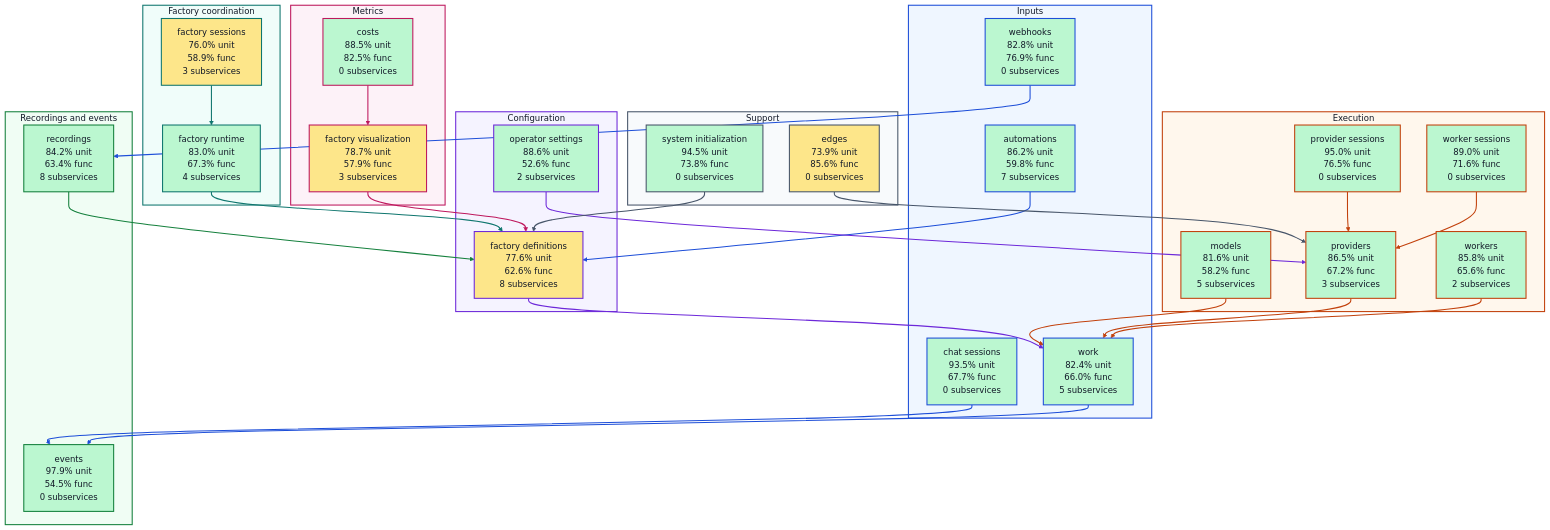
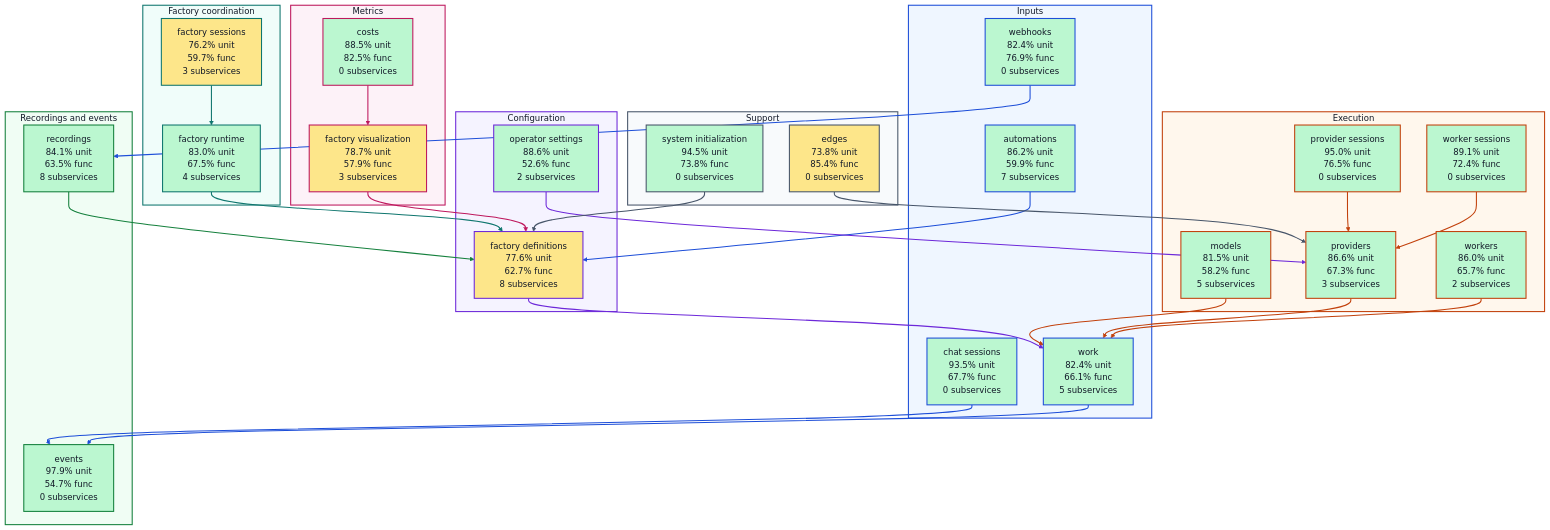
Before and after one commit to portpowered/you-agent-factory: the diagram in docs/architecture/visualizations/high-level-test-coverage.md, drawn with Mermaid. The commit also changed other lines of this file and 20 other files, not shown here.

Commit message:
docs: refresh backend architecture visualizations

````diff
--- a/docs/architecture/visualizations/high-level-test-coverage.md
+++ b/docs/architecture/visualizations/high-level-test-coverage.md
@@ -11,36 +11,36 @@
 ```mermaid
 flowchart TB
   subgraph input["Inputs"]
-    s_services_automations["automations<br/>86.2% unit<br/>59.8% func<br/>7 subservices"]
+    s_services_automations["automations<br/>86.2% unit<br/>59.9% func<br/>7 subservices"]
     s_services_chat_sessions["chat sessions<br/>93.5% unit<br/>67.7% func<br/>0 subservices"]
-    s_services_webhooks["webhooks<br/>82.8% unit<br/>76.9% func<br/>0 subservices"]
-    s_services_work["work<br/>82.4% unit<br/>66.0% func<br/>5 subservices"]
+    s_services_webhooks["webhooks<br/>82.4% unit<br/>76.9% func<br/>0 subservices"]
+    s_services_work["work<br/>82.4% unit<br/>66.1% func<br/>5 subservices"]
   end
   subgraph configuration["Configuration"]
-    s_services_factory_definitions["factory definitions<br/>77.6% unit<br/>62.6% func<br/>8 subservices"]
+    s_services_factory_definitions["factory definitions<br/>77.6% unit<br/>62.7% func<br/>8 subservices"]
     s_services_operator_settings["operator settings<br/>88.6% unit<br/>52.6% func<br/>2 subservices"]
   end
   subgraph coordination["Factory coordination"]
-    s_services_factory_runtime["factory runtime<br/>83.0% unit<br/>67.3% func<br/>4 subservices"]
-    s_services_factory_sessions["factory sessions<br/>76.0% unit<br/>58.9% func<br/>3 subservices"]
+    s_services_factory_runtime["factory runtime<br/>83.0% unit<br/>67.5% func<br/>4 subservices"]
+    s_services_factory_sessions["factory sessions<br/>76.2% unit<br/>59.7% func<br/>3 subservices"]
   end
   subgraph execution["Execution"]
-    s_services_models["models<br/>81.6% unit<br/>58.2% func<br/>5 subservices"]
+    s_services_models["models<br/>81.5% unit<br/>58.2% func<br/>5 subservices"]
     s_services_provider_sessions["provider sessions<br/>95.0% unit<br/>76.5% func<br/>0 subservices"]
-    s_services_providers["providers<br/>86.5% unit<br/>67.2% func<br/>3 subservices"]
-    s_services_worker_sessions["worker sessions<br/>89.0% unit<br/>71.6% func<br/>0 subservices"]
-    s_services_workers["workers<br/>85.8% unit<br/>65.6% func<br/>2 subservices"]
+    s_services_providers["providers<br/>86.6% unit<br/>67.3% func<br/>3 subservices"]
+    s_services_worker_sessions["worker sessions<br/>89.1% unit<br/>72.4% func<br/>0 subservices"]
+    s_services_workers["workers<br/>86.0% unit<br/>65.7% func<br/>2 subservices"]
   end
   subgraph recordings["Recordings and events"]
-    s_services_events["events<br/>97.9% unit<br/>54.5% func<br/>0 subservices"]
-    s_services_recordings["recordings<br/>84.2% unit<br/>63.4% func<br/>8 subservices"]
+    s_services_events["events<br/>97.9% unit<br/>54.7% func<br/>0 subservices"]
+    s_services_recordings["recordings<br/>84.1% unit<br/>63.5% func<br/>8 subservices"]
   end
   subgraph metrics["Metrics"]
     s_services_costs["costs<br/>88.5% unit<br/>82.5% func<br/>0 subservices"]
     s_services_factory_visualization["factory visualization<br/>78.7% unit<br/>57.9% func<br/>3 subservices"]
   end
   subgraph support["Support"]
-    s_services_edges["edges<br/>73.9% unit<br/>85.6% func<br/>0 subservices"]
+    s_services_edges["edges<br/>73.8% unit<br/>85.4% func<br/>0 subservices"]
     s_services_system_initialization["system initialization<br/>94.5% unit<br/>73.8% func<br/>0 subservices"]
   end
   s_services_automations --> s_services_factory_definitions
````
